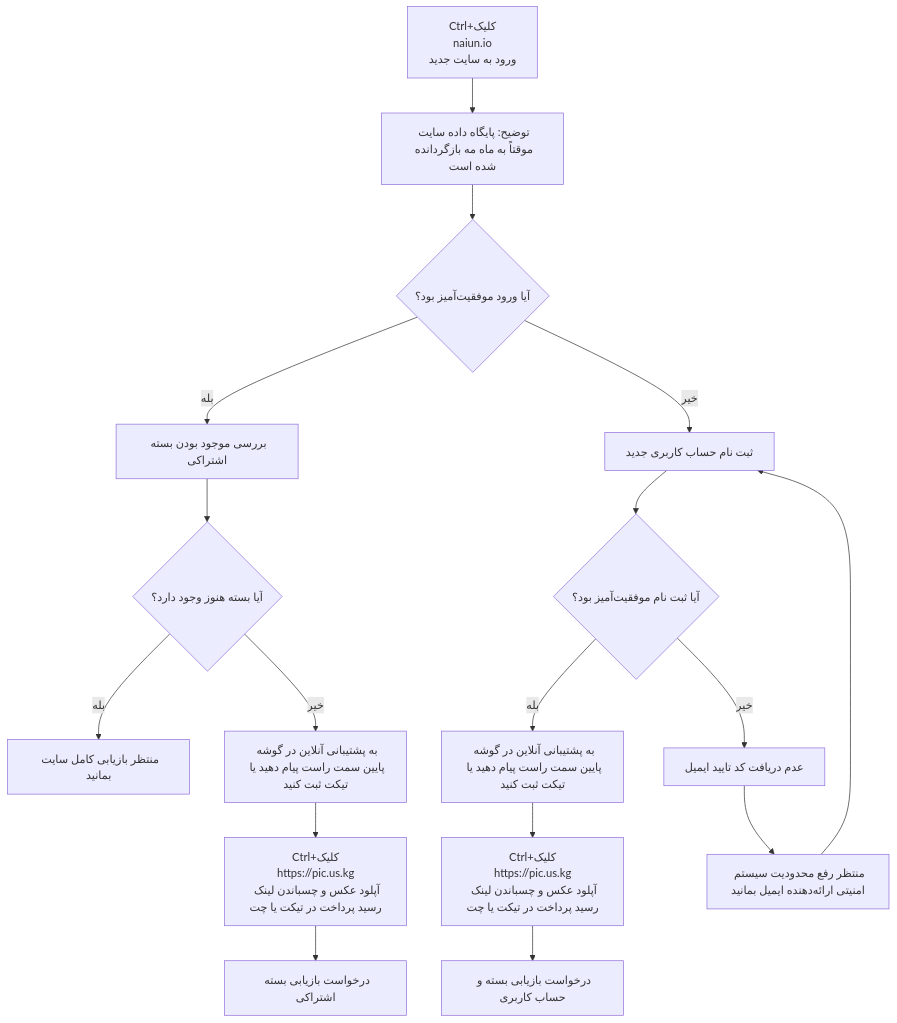
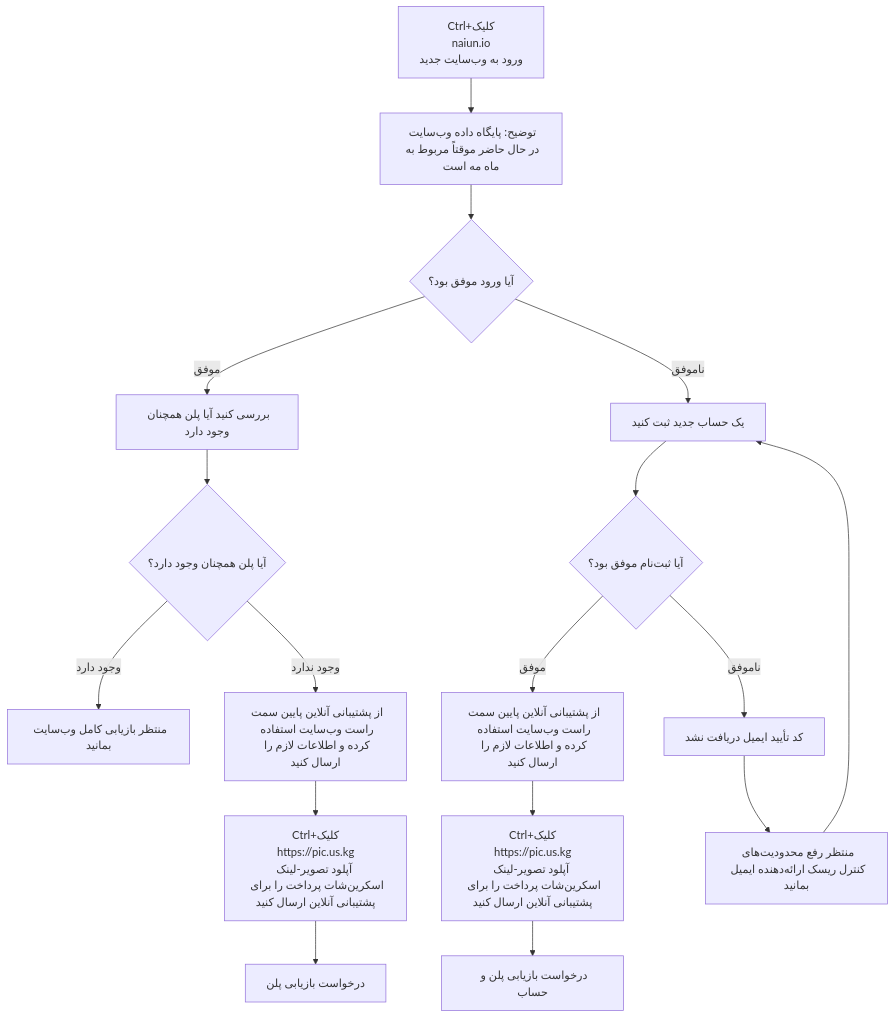
One commit to jdnei/naiyun changed the diagram in README_FA.md. Above: the diagram before and after it, drawn with Mermaid. The commit also changed other lines of this file, not shown here.

````diff
--- a/README_FA.md
+++ b/README_FA.md
@@ -179,30 +216,29 @@
 ```mermaid
 flowchart TD
-    A["Ctrl+کلیک<br/>naiun.io<br/>ورود به سایت جدید"]
-    A --> C[توضیح: پایگاه داده سایت موقتاً به ماه مه بازگردانده شده است]
-    C --> D{آیا ورود موفقیت‌آمیز بود؟}
+    A["Ctrl+کلیک<br/>naiun.io<br/>ورود به وب‌سایت جدید"]
+    A --> C[توضیح: پایگاه داده وب‌سایت در حال حاضر موقتاً مربوط به ماه مه است]
+    C --> D{آیا ورود موفق بود؟}
 
-    D -->|بله| E[بررسی موجود بودن بسته اشتراکی]
-    E --> F{آیا بسته هنوز وجود دارد؟}
+    D -->|موفق| E[بررسی کنید آیا پلن همچنان وجود دارد]
+    E --> F{آیا پلن همچنان وجود دارد؟}
 
-    F -->|بله| G[منتظر بازیابی کامل سایت بمانید]
-    F -->|خیر| H[به پشتیبانی آنلاین در گوشه پایین سمت راست پیام دهید یا تیکت ثبت کنید]
-    H --> I["Ctrl+کلیک<br/>https://pic.us.kg<br/>آپلود عکس و چسباندن لینک رسید پرداخت در تیکت یا چت"]
-    I --> J[درخواست بازیابی بسته اشتراکی]
+    F -->|وجود دارد| G[منتظر بازیابی کامل وب‌سایت بمانید]
+    F -->|وجود ندارد| H[از پشتیبانی آنلاین پایین سمت راست وب‌سایت استفاده کرده و اطلاعات لازم را ارسال کنید]
+    H --> I["Ctrl+کلیک<br/>https://pic.us.kg<br/>آپلود تصویر-لینک اسکرین‌شات پرداخت را برای پشتیبانی آنلاین ارسال کنید"]
+    I --> J[درخواست بازیابی پلن]
 
-    D -->|خیر| K[ثبت نام حساب کاربری جدید]
-    K --> L{آیا ثبت نام موفقیت‌آمیز بود؟}
+    D -->|ناموفق| K[یک حساب جدید ثبت کنید]
+    K --> L{آیا ثبت‌نام موفق بود؟}
 
-    L -->|بله| M[به پشتیبانی آنلاین در گوشه پایین سمت راست پیام دهید یا تیکت ثبت کنید]
-    M --> N["Ctrl+کلیک<br/>https://pic.us.kg<br/>آپلود عکس و چسباندن لینک رسید پرداخت در تیکت یا چت"]
-    N --> O[درخواست بازیابی بسته و حساب کاربری]
+    L -->|موفق| M[از پشتیبانی آنلاین پایین سمت راست وب‌سایت استفاده کرده و اطلاعات لازم را ارسال کنید]
+    M --> N["Ctrl+کلیک<br/>https://pic.us.kg<br/>آپلود تصویر-لینک اسکرین‌شات پرداخت را برای پشتیبانی آنلاین ارسال کنید"]
+    N --> O[درخواست بازیابی پلن و حساب]
 
-    L -->|خیر| P[عدم دریافت کد تایید ایمیل]
-    P --> Q[منتظر رفع محدودیت سیستم امنیتی ارائه‌دهنده ایمیل بمانید]
+    L -->|ناموفق| P[کد تأیید ایمیل دریافت نشد]
+    P --> Q[منتظر رفع محدودیت‌های کنترل ریسک ارائه‌دهنده ایمیل بمانید]
     Q --> K
 
     click A "https://naiun.io/#/register?code=KacwlzHN" "باز کردن naiun.io" _blank
     click I "https://pic.us.kg" "باز کردن pic.us.kg" _blank
     click N "https://pic.us.kg" "باز کردن pic.us.kg" _blank
-
 ```
````
